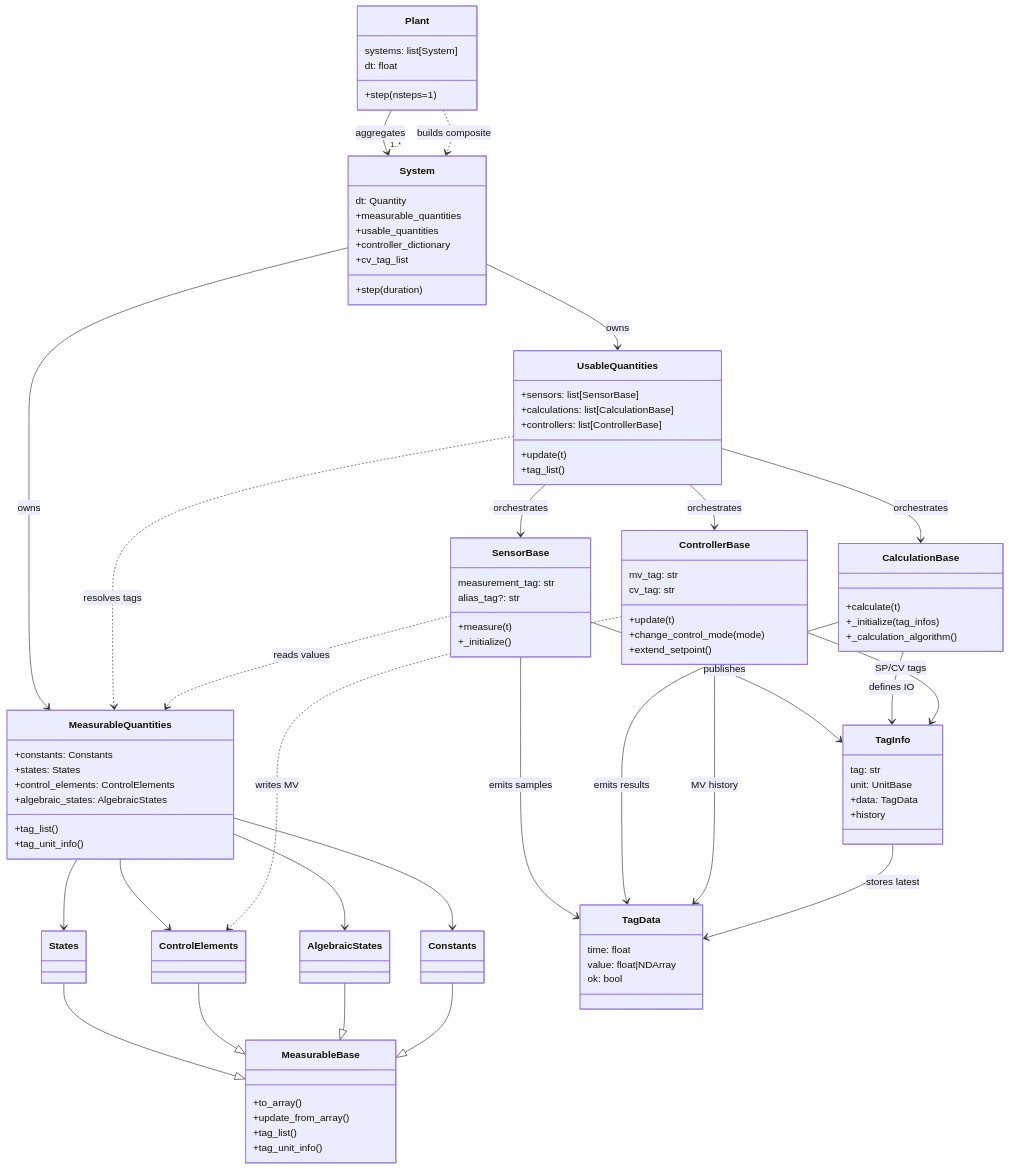
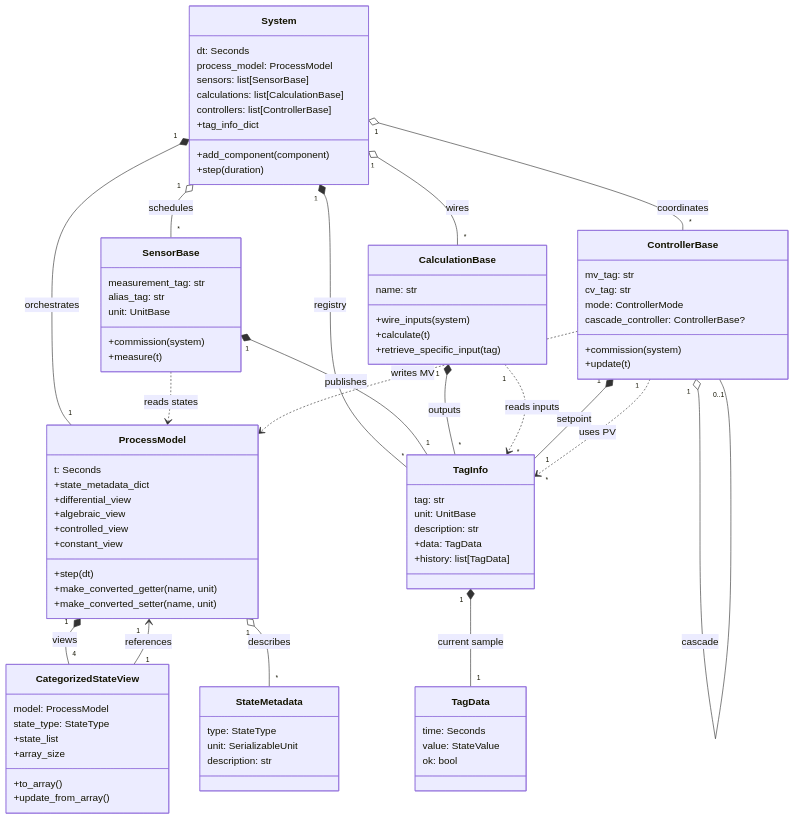
The first of 6 diagrams in docs/class_wiring_diagram.md (Aliuoly/ModularSimulator), drawn with Mermaid before and after one commit. The commit also changed other lines of this file, not shown here.

Commit message:
Update framework and example class diagrams

````diff
--- a/docs/class_wiring_diagram.md
+++ b/docs/class_wiring_diagram.md
@@ -5,106 +7,103 @@
 ```mermaid
 classDiagram
     direction TB
-    class Plant {
-        systems: list[System]
-        dt: float
-        +step(nsteps=1)
+    class System {
+        dt: Seconds
+        process_model: ProcessModel
+        sensors: list[SensorBase]
+        calculations: list[CalculationBase]
+        controllers: list[ControllerBase]
+        +add_component(component)
+        +step(duration)
+        +tag_info_dict
     }
-    class System {
-        dt: Quantity
-        +measurable_quantities
-        +usable_quantities
-        +step(duration)
-        +controller_dictionary
-        +cv_tag_list
+
+    class ProcessModel {
+        t: Seconds
+        +state_metadata_dict
+        +differential_view
+        +algebraic_view
+        +controlled_view
+        +constant_view
+        +step(dt)
+        +make_converted_getter(name, unit)
+        +make_converted_setter(name, unit)
     }
-    class MeasurableQuantities {
-        +constants: Constants
-        +states: States
-        +control_elements: ControlElements
-        +algebraic_states: AlgebraicStates
-        +tag_list()
-        +tag_unit_info()
-    }
-    class MeasurableBase {
+
+    class CategorizedStateView {
+        model: ProcessModel
+        state_type: StateType
         +to_array()
         +update_from_array()
-        +tag_list()
-        +tag_unit_info()
+        +state_list
+        +array_size
     }
-    class States
-    class ControlElements
-    class AlgebraicStates
-    class Constants
 
-    class UsableQuantities {
-        +sensors: list[SensorBase]
-        +calculations: list[CalculationBase]
-        +controllers: list[ControllerBase]
-        +update(t)
-        +tag_list()
+    class StateMetadata {
+        type: StateType
+        unit: SerializableUnit
+        description: str
     }
+
     class SensorBase {
         measurement_tag: str
-        alias_tag?: str
+        alias_tag: str
+        unit: UnitBase
+        +commission(system)
         +measure(t)
-        +_initialize()
     }
+
     class CalculationBase {
+        name: str
+        +wire_inputs(system)
         +calculate(t)
-        +_initialize(tag_infos)
-        +_calculation_algorithm()
+        +retrieve_specific_input(tag)
     }
+
     class ControllerBase {
         mv_tag: str
         cv_tag: str
+        mode: ControllerMode
+        cascade_controller: ControllerBase?
+        +commission(system)
         +update(t)
-        +change_control_mode(mode)
-        +extend_setpoint()
     }
+
     class TagInfo {
         tag: str
         unit: UnitBase
+        description: str
         +data: TagData
-        +history
+        +history: list[TagData]
     }
+
     class TagData {
-        time: float
-        value: float|NDArray
+        time: Seconds
+        value: StateValue
         ok: bool
     }
 
-    Plant --> "1..*" System : aggregates
-    Plant ..> System : builds composite
+    System "1" *-- "1" ProcessModel : orchestrates
+    System "1" o-- "*" SensorBase : schedules
+    System "1" o-- "*" CalculationBase : wires
+    System "1" o-- "*" ControllerBase : coordinates
+    System "1" *-- "*" TagInfo : registry
 
-    System --> MeasurableQuantities : owns
-    System --> UsableQuantities : owns
+    ProcessModel "1" *-- "4" CategorizedStateView : views
+    ProcessModel "1" o-- "*" StateMetadata : describes
 
-    MeasurableQuantities --> States
-    MeasurableQuantities --> ControlElements
-    MeasurableQuantities --> AlgebraicStates
-    MeasurableQuantities --> Constants
+    CategorizedStateView "1" --> "1" ProcessModel : references
 
-    States --|> MeasurableBase
-    ControlElements --|> MeasurableBase
-    AlgebraicStates --|> MeasurableBase
-    Constants --|> MeasurableBase
+    SensorBase "1" *-- "1" TagInfo : publishes
+    SensorBase ..> ProcessModel : reads states
 
-    UsableQuantities --> SensorBase : orchestrates
-    UsableQuantities --> CalculationBase : orchestrates
-    UsableQuantities --> ControllerBase : orchestrates
-    UsableQuantities ..> MeasurableQuantities : resolves tags
+    CalculationBase "1" *-- "*" TagInfo : outputs
+    CalculationBase "1" ..> "*" TagInfo : reads inputs
 
-    SensorBase --> TagInfo : publishes
-    SensorBase --> TagData : emits samples
-    SensorBase ..> MeasurableQuantities : reads values
+    ControllerBase "1" *-- "1" TagInfo : setpoint
+    ControllerBase "1" ..> "*" TagInfo : uses PV
+    ControllerBase "1" o-- "0..1" ControllerBase : cascade
+    ControllerBase ..> ProcessModel : writes MV
 
-    CalculationBase --> TagInfo : defines IO
-    CalculationBase --> TagData : emits results
-
-    ControllerBase --> TagInfo : SP/CV tags
-    ControllerBase --> TagData : MV history
-    ControllerBase ..> ControlElements : writes MV
-
-    TagInfo --> TagData : stores latest
+    TagInfo "1" *-- "1" TagData : current sample
 ```
````
